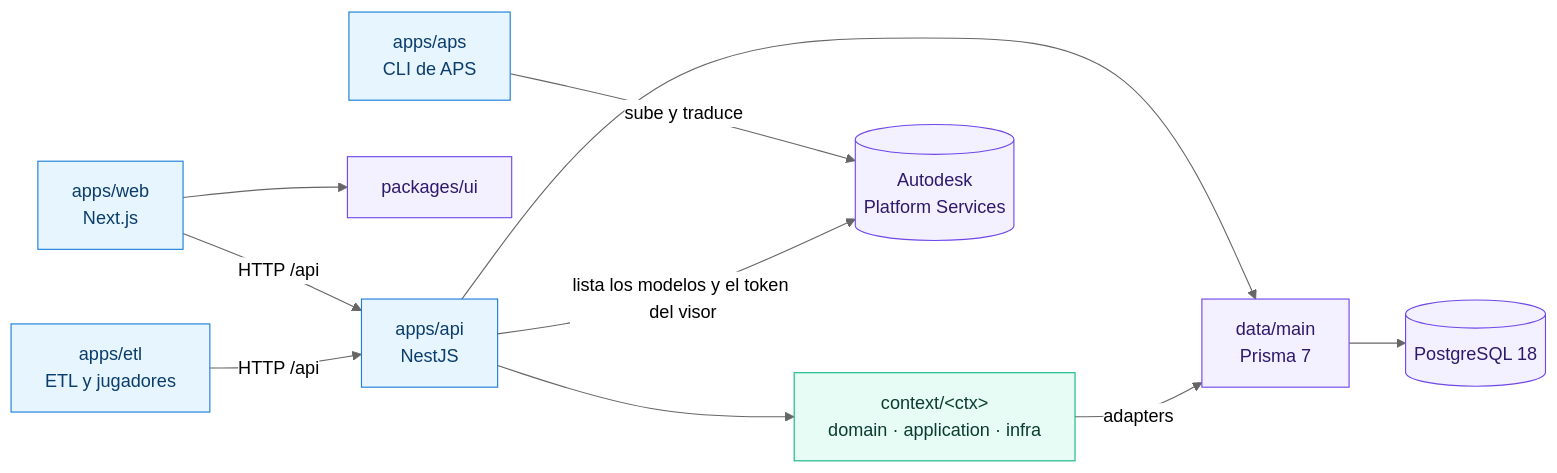
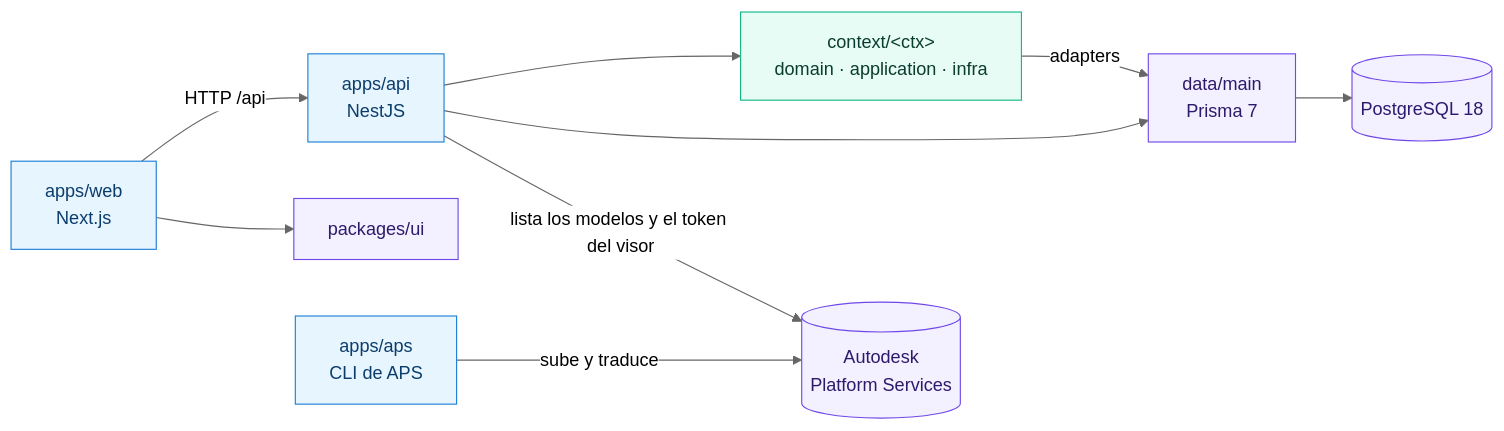
The first of 2 diagrams in docs/arquitectura.md (platanus-hack/platanus-hack-26-cl-team-27), drawn with Mermaid (neutral theme) before and after one commit. The commit also changed other lines of this file and 367 other files, not shown here.

````diff
--- a/docs/arquitectura.md
+++ b/docs/arquitectura.md
@@ -20,19 +18,18 @@
 ```mermaid
 flowchart LR
   web["apps/web<br/>Next.js"] -->|HTTP /api| api["apps/api<br/>NestJS"]
-  etl["apps/etl<br/>ETL y jugadores"] -->|HTTP /api| api
   web --> ui["packages/ui"]
   api --> ctx["context/&lt;ctx&gt;<br/>domain · application · infra"]
   api --> data["data/main<br/>Prisma 7"]
   ctx -->|adapters| data
   data --> pg[("PostgreSQL 18")]
   apscli["apps/aps<br/>CLI de APS"] -->|sube y traduce| autodesk[("Autodesk<br/>Platform Services")]
   api -->|lista los modelos y el token del visor| autodesk
 
   classDef app fill:#E7F5FF,stroke:#1C7ED6,color:#0B3D6B
   classDef domain fill:#E6FCF5,stroke:#12B886,color:#0B3D2E
   classDef shared fill:#F3F0FF,stroke:#7048E8,color:#2E1A6B
-  class web,api,etl,apscli app
+  class web,api,apscli app
   class ctx domain
   class ui,data,pg,autodesk shared
 ```
````
